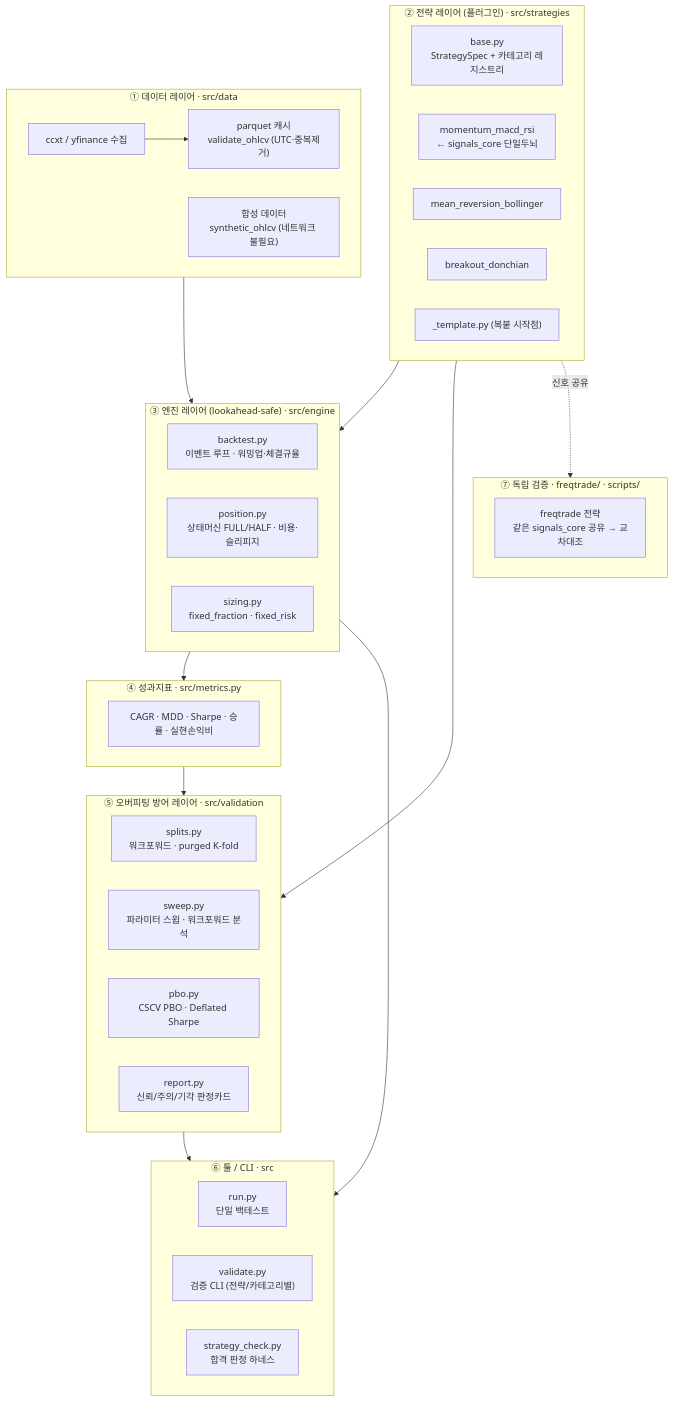
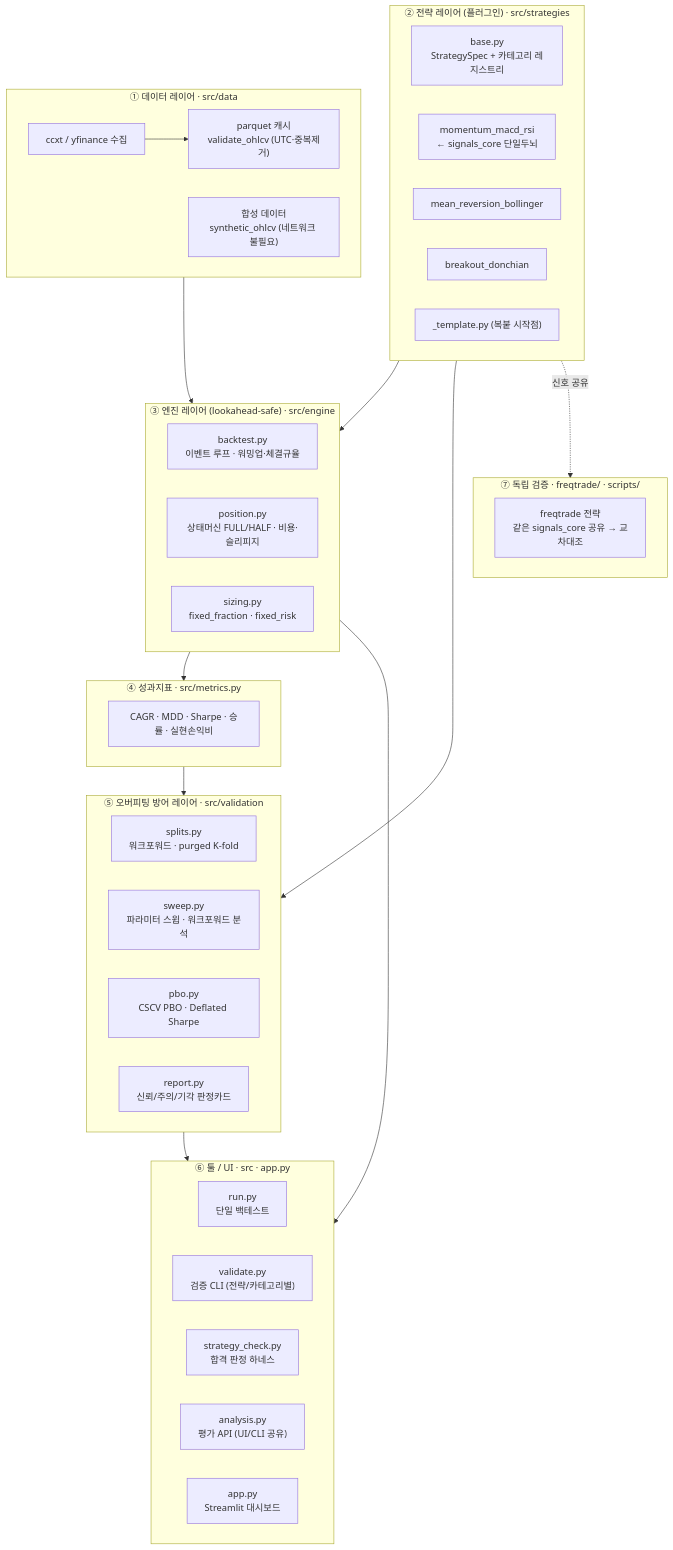
Before and after one commit to pjw26113686-sys/macd-RSI: the first of 4 diagrams in docs/architecture.md, drawn with Mermaid. The commit also changed 5 other files, not shown here.

First line of the commit message:
일반인용 Streamlit 대시보드 + 평가 API + Buy&Hold 벤치마크

````diff
--- a/docs/architecture.md
+++ b/docs/architecture.md
@@ -13,51 +13,53 @@
 ```mermaid
 flowchart TB
   subgraph DATA["① 데이터 레이어 · src/data"]
     D1["ccxt / yfinance 수집"] --> D2["parquet 캐시<br/>validate_ohlcv (UTC·중복제거)"]
     D3["합성 데이터<br/>synthetic_ohlcv (네트워크 불필요)"]
   end
 
   subgraph STRAT["② 전략 레이어 (플러그인) · src/strategies"]
     B["base.py<br/>StrategySpec + 카테고리 레지스트리"]
     S1["momentum_macd_rsi<br/>← signals_core 단일두뇌"]
     S2["mean_reversion_bollinger"]
     S3["breakout_donchian"]
     T["_template.py (복붙 시작점)"]
   end
 
   subgraph ENGINE["③ 엔진 레이어 (lookahead-safe) · src/engine"]
     E1["backtest.py<br/>이벤트 루프 · 워밍업·체결규율"]
     E2["position.py<br/>상태머신 FULL/HALF · 비용·슬리피지"]
     E3["sizing.py<br/>fixed_fraction · fixed_risk"]
   end
 
   subgraph METRIC["④ 성과지표 · src/metrics.py"]
     M["CAGR · MDD · Sharpe · 승률 · 실현손익비"]
   end
 
   subgraph VALID["⑤ 오버피팅 방어 레이어 · src/validation"]
     V1["splits.py<br/>워크포워드 · purged K-fold"]
     V2["sweep.py<br/>파라미터 스윕 · 워크포워드 분석"]
     V3["pbo.py<br/>CSCV PBO · Deflated Sharpe"]
     V4["report.py<br/>신뢰/주의/기각 판정카드"]
   end
 
-  subgraph TOOLS["⑥ 툴 / CLI · src"]
+  subgraph TOOLS["⑥ 툴 / UI · src · app.py"]
     C1["run.py<br/>단일 백테스트"]
     C2["validate.py<br/>검증 CLI (전략/카테고리별)"]
     C3["strategy_check.py<br/>합격 판정 하네스"]
+    C4["analysis.py<br/>평가 API (UI/CLI 공유)"]
+    C5["app.py<br/>Streamlit 대시보드"]
   end
 
   subgraph VERIFY["⑦ 독립 검증 · freqtrade/ · scripts/"]
     F["freqtrade 전략<br/>같은 signals_core 공유 → 교차대조"]
   end
 
   DATA --> ENGINE
   STRAT --> ENGINE
   ENGINE --> METRIC
   METRIC --> VALID
   STRAT --> VALID
   VALID --> TOOLS
   ENGINE --> TOOLS
   STRAT -. 신호 공유 .-> VERIFY
 ```
````
